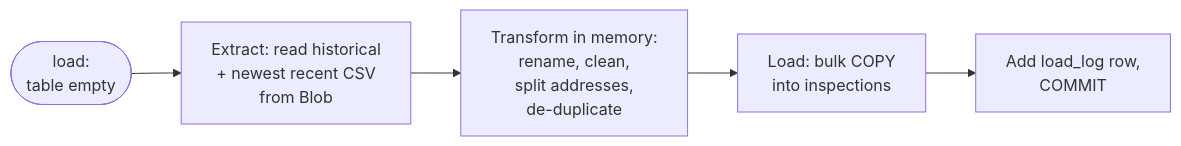
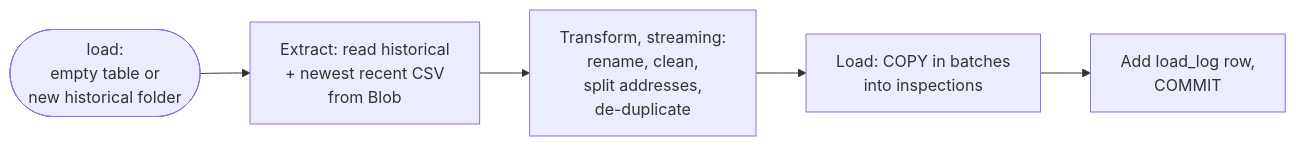
The first of 2 diagrams in docs-new/ref/3-6-datapipe-seed.md (im-kenough/DineSafeViz), drawn with Mermaid before and after one commit. The commit also changed other lines of this file and 36 other files, not shown here.

````diff
--- a/docs-new/ref/3-6-datapipe-seed.md
+++ b/docs-new/ref/3-6-datapipe-seed.md
@@ -59,7 +63,7 @@
 ```mermaid
 flowchart LR
-    load(["load:<br/>table empty"]) --> read["Extract: read historical<br/>+ newest recent CSV<br/>from Blob"]
-    read --> xform["Transform in memory:<br/>rename, clean,<br/>split addresses,<br/>de-duplicate"]
-    xform --> copy["Load: bulk COPY<br/>into inspections"]
+    load(["load:<br/>empty table or<br/>new historical folder"]) --> read["Extract: read historical<br/>+ newest recent CSV<br/>from Blob"]
+    read --> xform["Transform, streaming:<br/>rename, clean,<br/>split addresses,<br/>de-duplicate"]
+    xform --> copy["Load: COPY in batches<br/>into inspections"]
     copy --> log["Add load_log row,<br/>COMMIT"]
 ```
````
